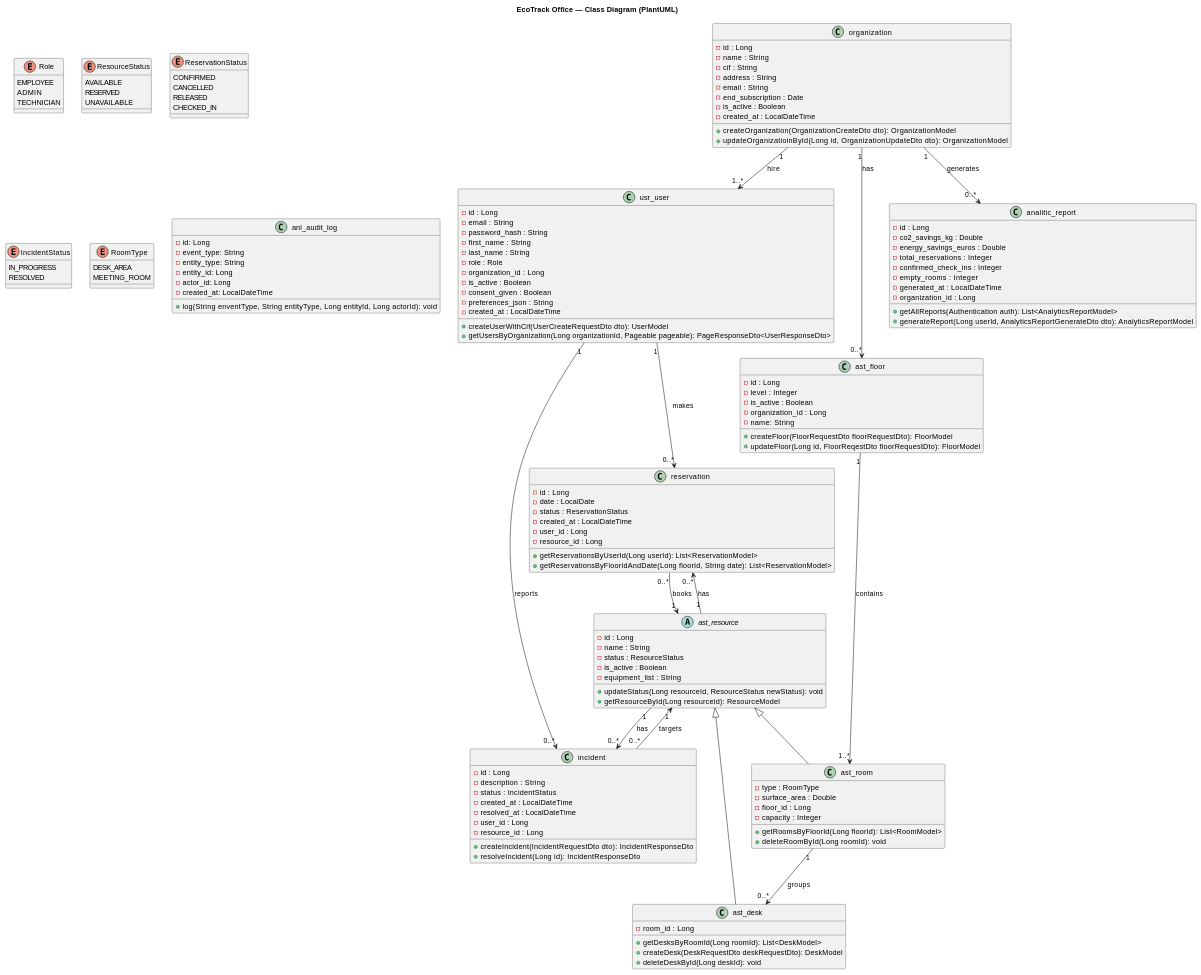
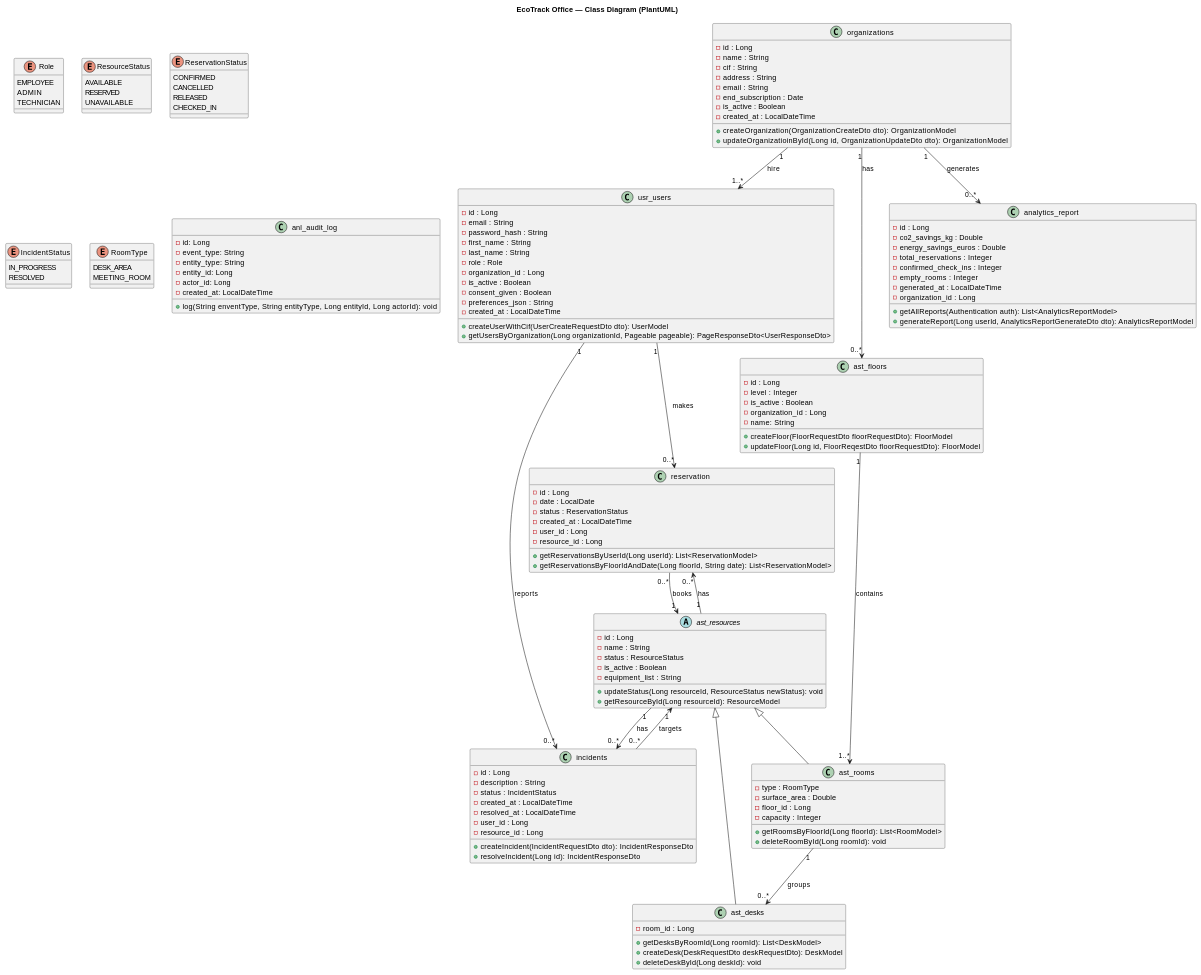
One commit to GuillaumeEven/ecotrack-office changed the diagram in docs/class-diagram.md. Above: the diagram before and after it, drawn with PlantUML. The commit also changed 1 other file, not shown here.

Commit message:
refactor: rename classes in class diagram for consistency and clarity

````diff
--- a/docs/class-diagram.md
+++ b/docs/class-diagram.md
@@ -33,7 +33,7 @@
 }
 
 ' User & Organization (usr_)
-class usr_user {
+class usr_users {
     - id : Long
     - email : String
     - password_hash : String
@@ -49,7 +49,7 @@
     + getUsersByOrganization(Long organizationId, Pageable pageable): PageResponseDto<UserResponseDto>
 }
 
-class organization {
+class organizations {
     - id : Long
     - name : String
     - cif : String
@@ -63,7 +63,7 @@
 }
 
 ' Physical Assets (ast_)
-class ast_floor {
+class ast_floors {
     - id : Long
     - level : Integer
     - is_active : Boolean
@@ -73,7 +73,7 @@
     + updateFloor(Long id, FloorReqestDto floorRequestDto): FloorModel
 }
 
-abstract class ast_resource {
+abstract class ast_resources {
     - id : Long
     - name : String
     - status : ResourceStatus
@@ -83,7 +83,7 @@
     + getResourceById(Long resourceId): ResourceModel
 }
 
-class ast_room {
+class ast_rooms {
     - type : RoomType
     - surface_area : Double
     - floor_id : Long
@@ -92,7 +92,7 @@
     + deleteRoomById(Long roomId): void
 }
 
-class ast_desk {
+class ast_desks {
     - room_id : Long
     + getDesksByRoomId(Long roomId): List<DeskModel>
     + createDesk(DeskRequestDto deskRequestDto): DeskModel
@@ -112,7 +112,7 @@
 }
 
 ' Analytic, Incident & AuditLog (anl_)
-class incident {
+class incidents {
     - id : Long
     - description : String
     - status : IncidentStatus
@@ -124,7 +124,7 @@
     + resolveIncident(Long id): IncidentResponseDto
 }
 
-class analitic_report {
+class analytics_report {
     - id : Long
     - co2_savings_kg : Double
     - energy_savings_euros : Double
@@ -148,24 +148,24 @@
 }
 
 ' Inheritance
-ast_resource <|-- ast_desk
-ast_resource <|-- ast_room
+ast_resources <|-- ast_desks
+ast_resources <|-- ast_rooms
 
 ' Relationships
-usr_user "1" --> "0..*" reservation : makes
-usr_user "1" --> "0..*" incident : reports
-organization "1" --> "0..*" ast_floor : has
-organization "1" --> "1..*" usr_user : hire
-organization "1" --> "0..*" analitic_report : generates
+usr_users "1" --> "0..*" reservation : makes
+usr_users "1" --> "0..*" incidents : reports
+organizations "1" --> "0..*" ast_floors : has
+organizations "1" --> "1..*" usr_users : hire
+organizations "1" --> "0..*" analytics_report : generates
 
-ast_floor "1" --> "1..*" ast_room : contains
-ast_room "1" --> "0..*" ast_desk : groups
-ast_resource "1" --> "0..*" reservation : has
-ast_resource "1" --> "0..*" incident : has
+ast_floors "1" --> "1..*" ast_rooms : contains
+ast_rooms "1" --> "0..*" ast_desks : groups
+ast_resources "1" --> "0..*" reservation : has
+ast_resources "1" --> "0..*" incidents : has
 
-reservation "0..*" --> "1" ast_resource : books
+reservation "0..*" --> "1" ast_resources : books
 
-incident "0..*" --> "1" ast_resource : targets
+incidents "0..*" --> "1" ast_resources : targets
 
 @enduml
 ```
````
